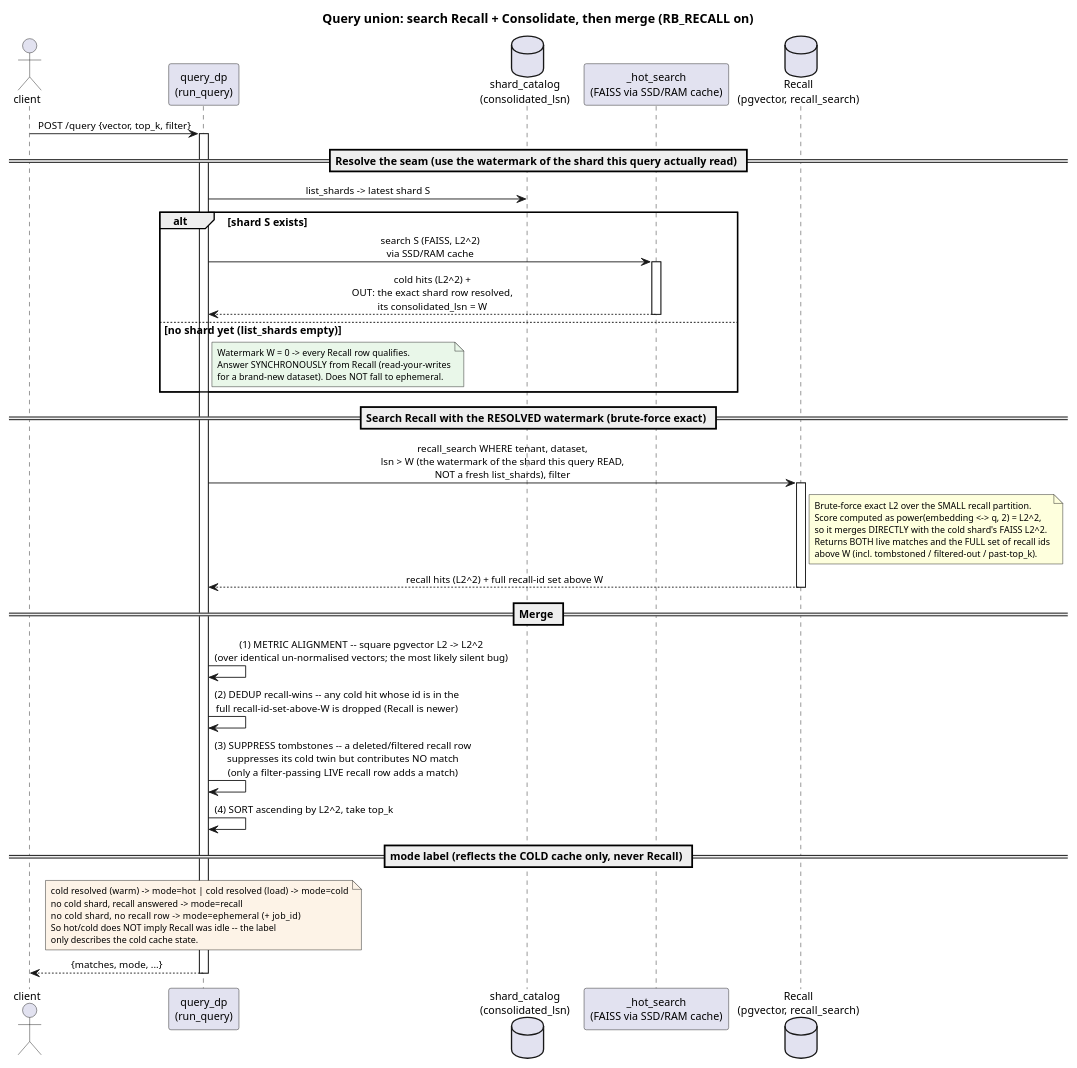
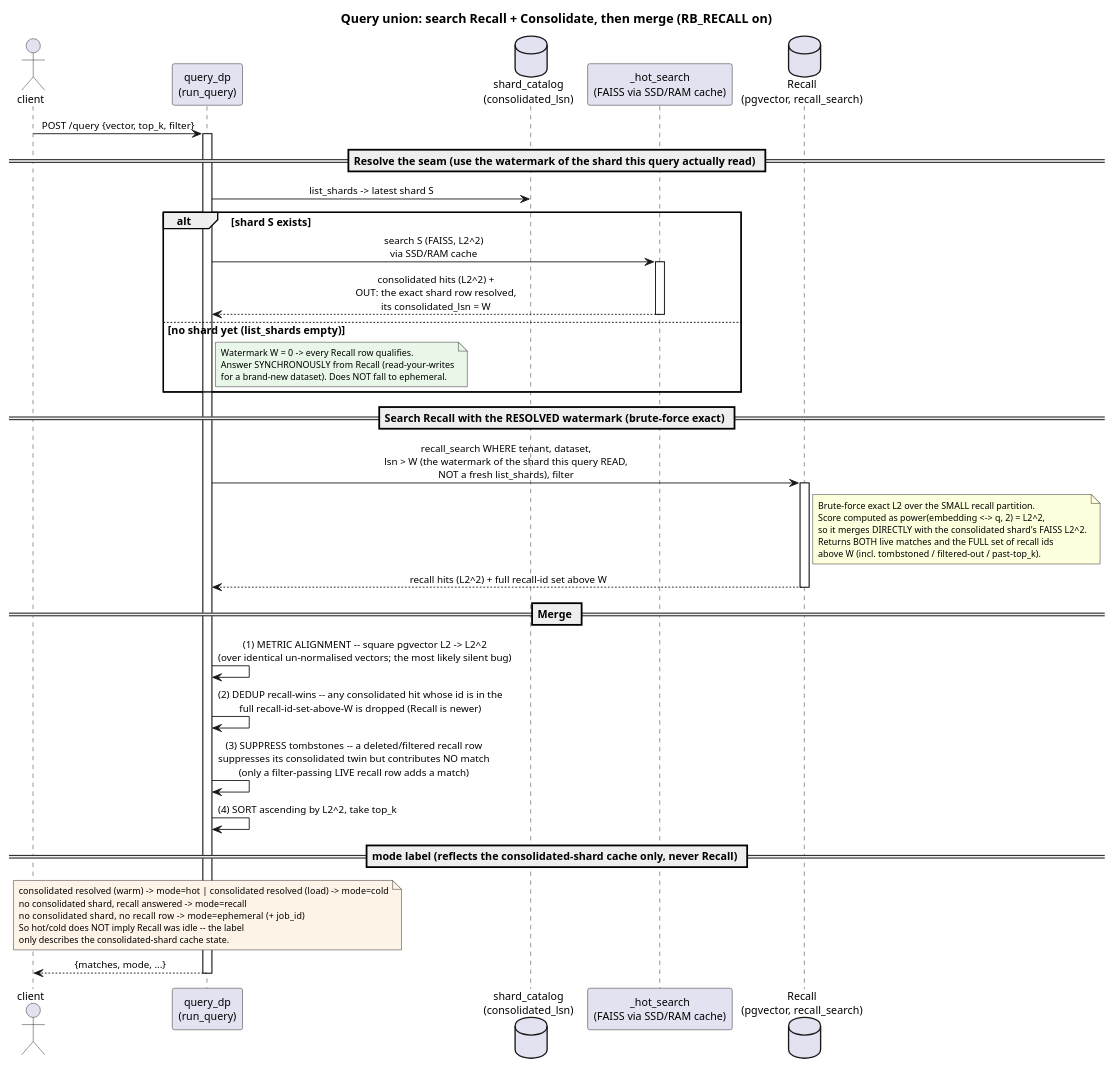
One commit to rosalinddb/rosalinddb changed the diagram in docs/architecture/diagrams/recall-consolidate-query-union.puml. Above: the diagram before and after it, drawn with PlantUML. The commit also changed 9 other files, not shown here.

Commit message:
refactor: rename consolidated-tier 'cold' → 'consolidated' to de-overload the cache-state 'cold' (#32)

```diff
--- a/docs/architecture/diagrams/recall-consolidate-query-union.puml
+++ b/docs/architecture/diagrams/recall-consolidate-query-union.puml
@@ -1,77 +1,77 @@
 @startuml recall-consolidate-query-union
 ' Query union sequence: resolve the latest shard + its consolidated_lsn
 ' watermark -> search Recall (lsn > watermark, brute-force exact) and the
 ' Consolidate shard (FAISS via the SSD/RAM cache) -> merge: square pgvector
 ' L2 -> L2^2 (metric alignment), recall-wins dedup, suppress recall-tombstoned
 ' ids, sort ascending, take top_k. Also shows the no-shard recall/ephemeral
-' branch and the mode label (which always reflects the cold cache only).
+' branch and the mode label (which always reflects the consolidated-shard cache only).
 
 title Query union: search Recall + Consolidate, then merge (RB_RECALL on)
 
 skinparam shadowing false
 skinparam defaultFontName Helvetica
 skinparam defaultFontSize 12
 skinparam ArrowFontSize 11
 skinparam NoteFontSize 10
 skinparam sequenceMessageAlign center
 
 actor "client" as client
 participant "query_dp\n(run_query)" as dp
 database "shard_catalog\n(consolidated_lsn)" as catalog
-participant "_hot_search\n(FAISS via SSD/RAM cache)" as cold
+participant "_hot_search\n(FAISS via SSD/RAM cache)" as consolidated
 database "Recall\n(pgvector, recall_search)" as recall
 
 client -> dp : POST /query {vector, top_k, filter}
 activate dp
 
 == Resolve the seam (use the watermark of the shard this query actually read) ==
 
 dp -> catalog : list_shards -> latest shard S
 alt shard S exists
-  dp -> cold : search S (FAISS, L2^2)\nvia SSD/RAM cache
-  activate cold
-  cold --> dp : cold hits (L2^2) +\nOUT: the exact shard row resolved,\nits consolidated_lsn = W
-  deactivate cold
+  dp -> consolidated : search S (FAISS, L2^2)\nvia SSD/RAM cache
+  activate consolidated
+  consolidated --> dp : consolidated hits (L2^2) +\nOUT: the exact shard row resolved,\nits consolidated_lsn = W
+  deactivate consolidated
 else no shard yet (list_shards empty)
   note right of dp #E9F7E9
     Watermark W = 0 -> every Recall row qualifies.
     Answer SYNCHRONOUSLY from Recall (read-your-writes
     for a brand-new dataset). Does NOT fall to ephemeral.
   end note
 end
 
 == Search Recall with the RESOLVED watermark (brute-force exact) ==
 
 dp -> recall : recall_search WHERE tenant, dataset,\nlsn > W (the watermark of the shard this query READ,\nNOT a fresh list_shards), filter
 activate recall
 note right of recall
   Brute-force exact L2 over the SMALL recall partition.
   Score computed as power(embedding <-> q, 2) = L2^2,
-  so it merges DIRECTLY with the cold shard's FAISS L2^2.
+  so it merges DIRECTLY with the consolidated shard's FAISS L2^2.
   Returns BOTH live matches and the FULL set of recall ids
   above W (incl. tombstoned / filtered-out / past-top_k).
 end note
 recall --> dp : recall hits (L2^2) + full recall-id set above W
 deactivate recall
 
 == Merge ==
 
 dp -> dp : (1) METRIC ALIGNMENT -- square pgvector L2 -> L2^2\n(over identical un-normalised vectors; the most likely silent bug)
-dp -> dp : (2) DEDUP recall-wins -- any cold hit whose id is in the\nfull recall-id-set-above-W is dropped (Recall is newer)
-dp -> dp : (3) SUPPRESS tombstones -- a deleted/filtered recall row\nsuppresses its cold twin but contributes NO match\n(only a filter-passing LIVE recall row adds a match)
+dp -> dp : (2) DEDUP recall-wins -- any consolidated hit whose id is in the\nfull recall-id-set-above-W is dropped (Recall is newer)
+dp -> dp : (3) SUPPRESS tombstones -- a deleted/filtered recall row\nsuppresses its consolidated twin but contributes NO match\n(only a filter-passing LIVE recall row adds a match)
 dp -> dp : (4) SORT ascending by L2^2, take top_k
 
-== mode label (reflects the COLD cache only, never Recall) ==
+== mode label (reflects the consolidated-shard cache only, never Recall) ==
 
 note over dp #FDF3E7
-  cold resolved (warm) -> mode=hot   | cold resolved (load) -> mode=cold
-  no cold shard, recall answered -> mode=recall
-  no cold shard, no recall row    -> mode=ephemeral (+ job_id)
+  consolidated resolved (warm) -> mode=hot   | consolidated resolved (load) -> mode=cold
+  no consolidated shard, recall answered -> mode=recall
+  no consolidated shard, no recall row    -> mode=ephemeral (+ job_id)
   So hot/cold does NOT imply Recall was idle -- the label
-  only describes the cold cache state.
+  only describes the consolidated-shard cache state.
 end note
 
 dp --> client : {matches, mode, ...}
 deactivate dp
 
 @enduml
```
